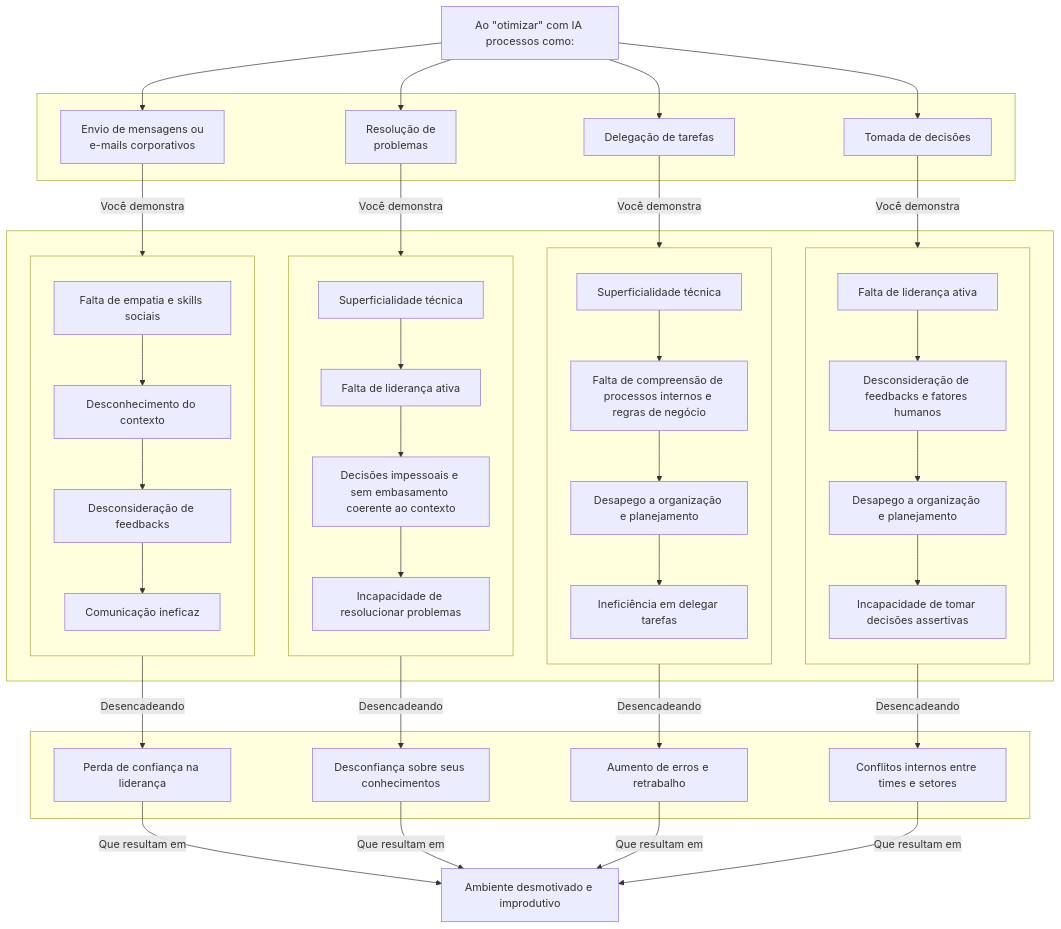
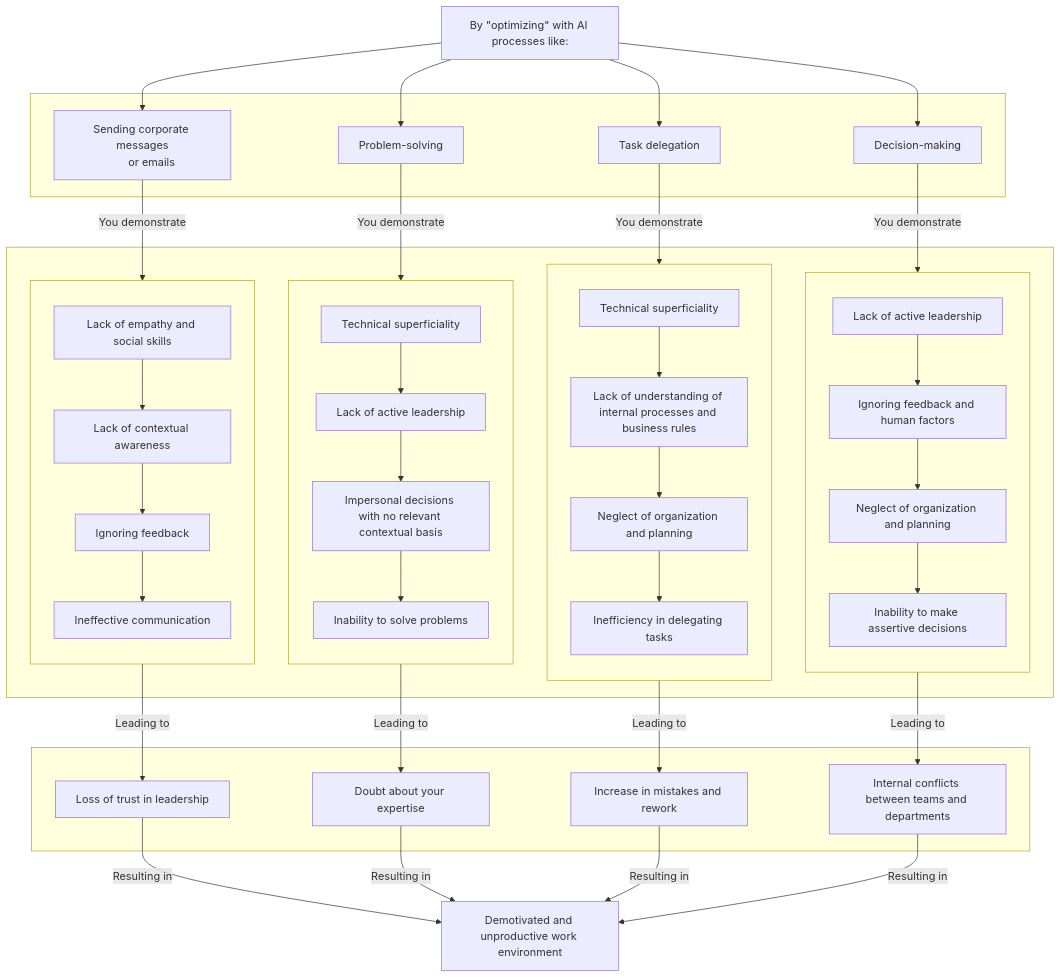
One commit to dftv/Blog_Quarto changed the diagram in posts/step_by_step_guide_on_how_to_ruin_your_company_and_your_team_with_ai/index.qmd. Above: the diagram before and after it, drawn with Mermaid. The commit also changed other lines of this file and 14 other files, not shown here.

````diff
--- a/posts/step_by_step_guide_on_how_to_ruin_your_company_and_your_team_with_ai/index.qmd
+++ b/posts/step_by_step_guide_on_how_to_ruin_your_company_and_your_team_with_ai/index.qmd
@@ -34,33 +34,32 @@
 %%| fig-align: center
 flowchart TB;
   T1[
-    Ao #quot;otimizar#quot; com IA processos como:
+    By #quot;optimizing#quot; with AI processes like:
   ]
 
   subgraph G1[ ]
     G1.1[
-      Envio de mensagens ou
-      e-mails corporativos
+      Sending corporate messages
+      or emails
     ]
 
     G1.2[
-      Resolução de
-      problemas
+      Problem-solving
     ]
 
-    G1.3[Delegação de tarefas]
+    G1.3[Task delegation]
 
-    G1.4[Tomada de decisões]
+    G1.4[Decision-making]
   end
 
   subgraph G2[ ]
     subgraph G2.1[ ]
       direction TB
 
-      G2.1.1[Falta de empatia e skills sociais]
-      G2.1.2[Desconhecimento do contexto]
-      G2.1.3[Desconsideração de feedbacks]
-      G2.1.4[Comunicação ineficaz]
+      G2.1.1[Lack of empathy and social skills]
+      G2.1.2[Lack of contextual awareness]
+      G2.1.3[Ignoring feedback]
+      G2.1.4[Ineffective communication]
 
       G2.1.1 --> G2.1.2
       G2.1.2 --> G2.1.3
@@ -70,10 +69,10 @@
     subgraph G2.2[ ]
       direction TB
 
-      G2.2.1[Superficialidade técnica]
-      G2.2.2[Falta de liderança ativa]
-      G2.2.3[Decisões impessoais e sem embasamento coerente ao contexto]
-      G2.2.4[Incapacidade de resolucionar problemas]
+      G2.2.1[Technical superficiality]
+      G2.2.2[Lack of active leadership]
+      G2.2.3[Impersonal decisions with no relevant contextual basis]
+      G2.2.4[Inability to solve problems]
 
       G2.2.1 --> G2.2.2
       G2.2.2 --> G2.2.3
@@ -83,10 +82,10 @@
     subgraph G2.3[ ]
       direction TB
 
-      G2.3.1[Superficialidade técnica]
-      G2.3.2[Falta de compreensão de processos internos e regras de negócio]
-      G2.3.3[Desapego a organização e planejamento]
-      G2.3.4[Ineficiência em delegar tarefas]
+      G2.3.1[Technical superficiality]
+      G2.3.2[Lack of understanding of internal processes and business rules]
+      G2.3.3[Neglect of organization and planning]
+      G2.3.4[Inefficiency in delegating tasks]
 
       G2.3.1 --> G2.3.2
       G2.3.2 --> G2.3.3
@@ -96,10 +95,10 @@
     subgraph G2.4[ ]
       direction TB
 
-      G2.4.1[Falta de liderança ativa]
-      G2.4.2[Desconsideração de feedbacks e fatores humanos]
-      G2.4.3[Desapego a organização e planejamento]
-      G2.4.4[Incapacidade de tomar decisões assertivas]
+      G2.4.1[Lack of active leadership]
+      G2.4.2[Ignoring feedback and human factors]
+      G2.4.3[Neglect of organization and planning]
+      G2.4.4[Inability to make assertive decisions]
 
       G2.4.1 --> G2.4.2
       G2.4.2 --> G2.4.3
@@ -108,25 +107,25 @@
   end
 
   subgraph G3[ ]
-    G3.1[Perda de confiança na liderança]
-    G3.2[Desconfiança sobre seus conhecimentos]
-    G3.3[Aumento de erros e retrabalho]
-    G3.4[Conflitos internos entre times e setores]
+    G3.1[Loss of trust in leadership]
+    G3.2[Doubt about your expertise]
+    G3.3[Increase in mistakes and rework]
+    G3.4[Internal conflicts between teams and departments]
   end
 
-  T2[Ambiente desmotivado e improdutivo]
+  T2[Demotivated and unproductive work environment]
 
   T1 -->  G1.1 & G1.2 & G1.3 & G1.4
 
-  G1.1 -- Você demonstra --> G2.1
-  G1.2 -- Você demonstra --> G2.2
-  G1.3 -- Você demonstra --> G2.3
-  G1.4 -- Você demonstra --> G2.4
+  G1.1 -- You demonstrate --> G2.1
+  G1.2 -- You demonstrate --> G2.2
+  G1.3 -- You demonstrate --> G2.3
+  G1.4 -- You demonstrate --> G2.4
 
-  G2.1 -- Desencadeando --> G3.1
-  G2.2 -- Desencadeando --> G3.2
-  G2.3 -- Desencadeando --> G3.3
-  G2.4 -- Desencadeando --> G3.4
+  G2.1 -- Leading to --> G3.1
+  G2.2 -- Leading to --> G3.2
+  G2.3 -- Leading to --> G3.3
+  G2.4 -- Leading to --> G3.4
 
-  G3.1 & G3.2 & G3.3 & G3.4 -- Que resultam em --> T2
+  G3.1 & G3.2 & G3.3 & G3.4 -- Resulting in --> T2
 ```
````
